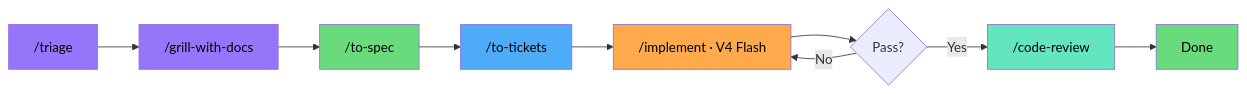
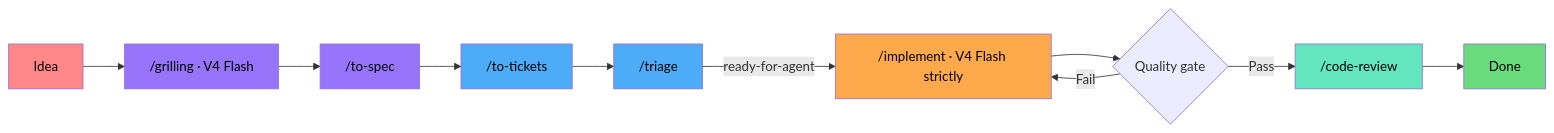
The diagram in README.md (elisharkray1030/ai-coding-workflow), drawn with Mermaid before and after one commit. The commit also changed other lines of this file, not shown here.

````diff
--- a/README.md
+++ b/README.md
@@ -44,26 +17,26 @@
 ```mermaid
 graph LR
-    TR[ /triage] --> IN[ /grill-with-docs]
-    IN --> SP[ /to-spec]
+    ID[Idea] --> GR[ /grilling · V4 Flash]
+    GR --> SP[ /to-spec]
     SP --> TK[ /to-tickets]
-    TK --> IM[ /implement · V4 Flash]
-    IM --> Q{Pass?}
-    Q -->|Yes| CR[ /code-review]
-    Q -->|No| IM
+    TK --> TR[ /triage]
+    TR -->|ready-for-agent| IM[ /implement · V4 Flash strictly]
+    IM --> Q{Quality gate}
+    Q -->|Pass| CR[ /code-review]
+    Q -->|Fail| IM
     CR --> DN[Done]
 
+    classDef red fill:#ff8787,color:#000
     classDef purple fill:#9775fa,color:#000
     classDef green fill:#69db7c,color:#000
     classDef blue fill:#4dabf7,color:#000
     classDef orange fill:#ffa94d,color:#000
     classDef teal fill:#63e6be,color:#000
-    classDef yellow fill:#fcc419,color:#000
-    classDef red fill:#ff8787,color:#000
 
-    class TR,IN purple
-    class SP green
-    class TK blue
+    class ID red
+    class GR,SP purple
+    class TK,TR blue
     class IM orange
     class CR teal
     class DN green
 ```
````
